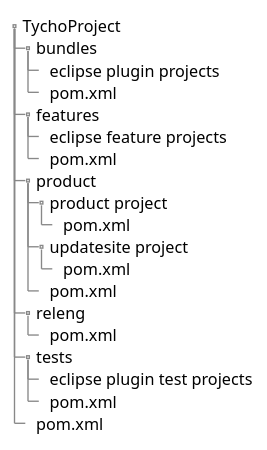
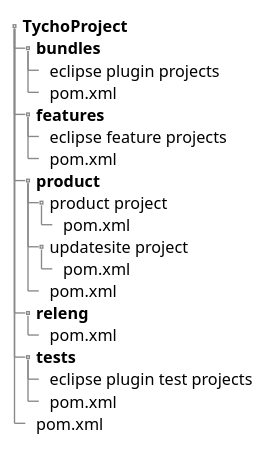
The diagram in structure.iuml (MrAleborg/TychoProjectTemplate), drawn with PlantUML before and after one commit.

Commit message:
structure update

```diff
--- a/structure.iuml
+++ b/structure.iuml
@@ -1,25 +1,25 @@
 @startsalt
 {
 {T
-+ TychoProject
-++ bundles
++ **TychoProject**
+++ **bundles**
 +++ eclipse plugin projects
 +++ pom.xml
-++ features
+++ **features**
 +++ eclipse feature projects
 +++ pom.xml
-++ product
+++ **product**
 +++ product project
 ++++ pom.xml
 +++ updatesite project
 ++++ pom.xml
 +++ pom.xml
-++ releng
+++ **releng**
 +++ pom.xml
-++ tests
+++ **tests**
 +++ eclipse plugin test projects 
 +++ pom.xml
 ++ pom.xml
 }
 }
 @endsalt
```
